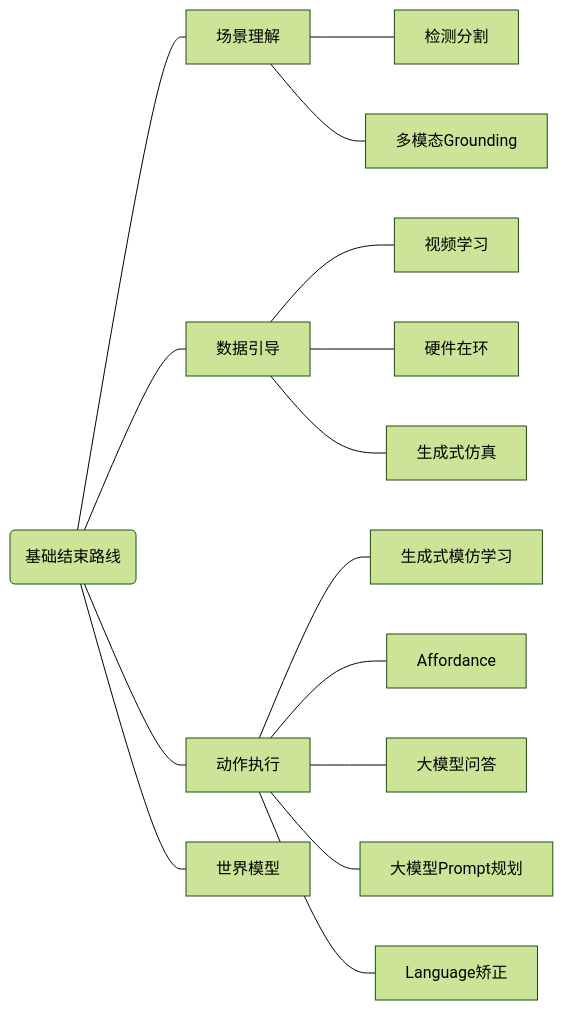
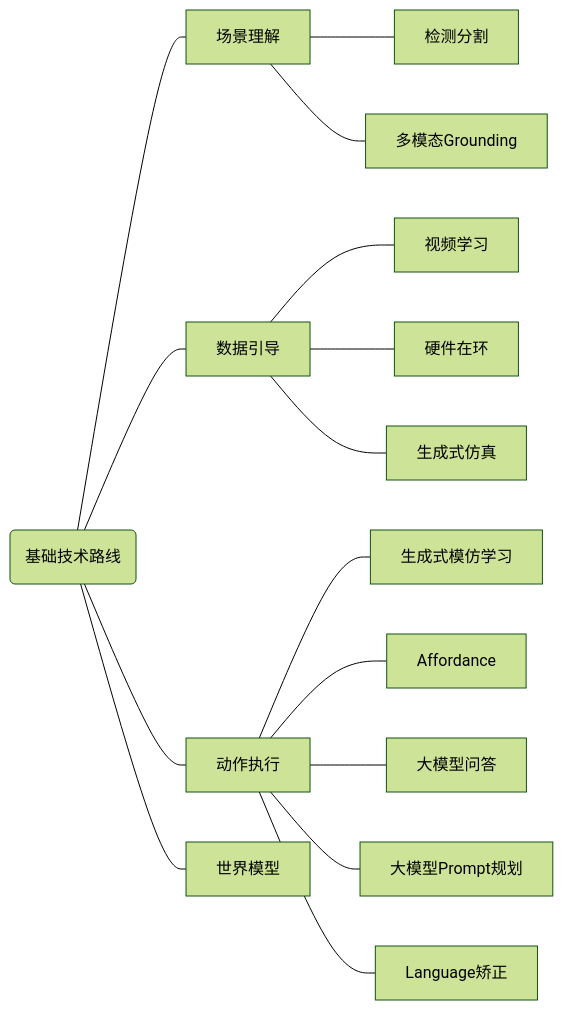
One commit to linyuanjiankou/learning-notes changed the diagram in 03_Knowledge/05_Research/入门/笔记/具身智能基础技术路线.md. Above: the diagram before and after it, drawn with Mermaid (forest theme). The commit also changed other lines of this file, not shown here.

````diff
--- a/03_Knowledge/05_Research/入门/笔记/具身智能基础技术路线.md
+++ b/03_Knowledge/05_Research/入门/笔记/具身智能基础技术路线.md
@@ -58,21 +56,21 @@
 ```mermaid
 graph LR
-	Start(基础结束路线) --- Understanding[场景理解]
+	Start(基础技术路线) --- Understanding[场景理解]
 	Start --- Data[数据引导]
 	Start --- Execution[动作执行]
 	Start --- WorldModel[世界模型]
 	
 	Understanding --- Detection[检测分割]
 	Understanding --- MultiModel[多模态Grounding]
 	
 	Data --- Video[视频学习]
 	Data --- Hardware[硬件在环]
 	Data --- Simulation[生成式仿真]
 	
 	Execution --- Imitation[生成式模仿学习]
 	Execution --- Affordance[Affordance]
 	Execution --- QA[大模型问答]
 	Execution --- PromptPlanning[大模型Prompt规划]
 	Execution --- Language[Language矫正]
 	
 ```
````
